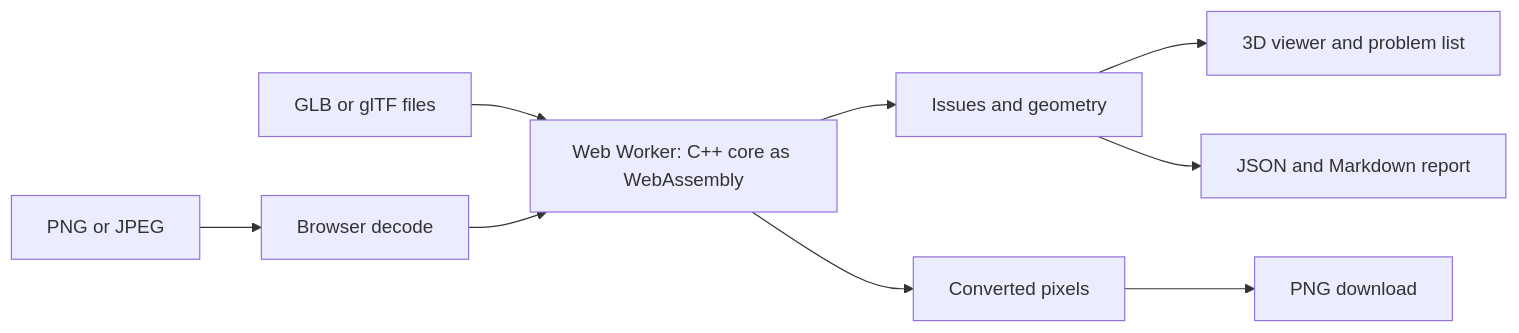
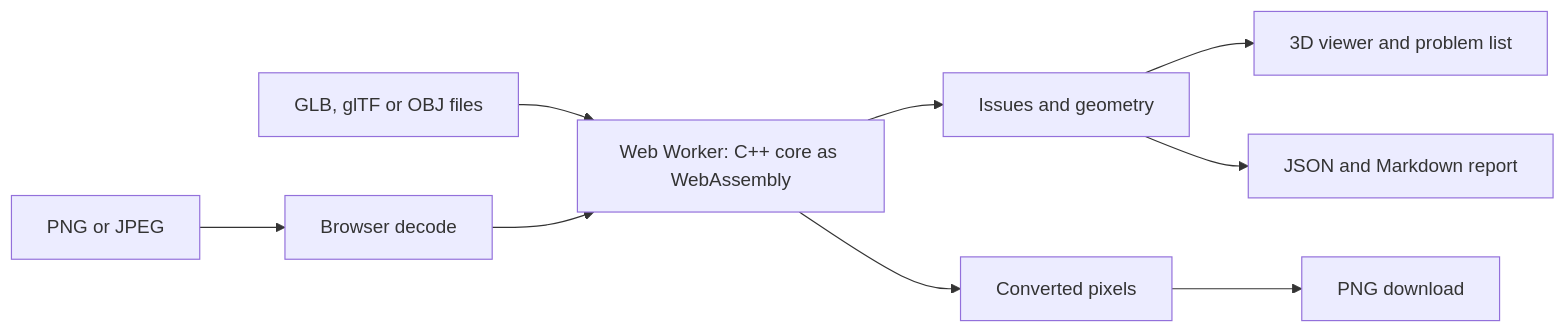
One commit to nokgc333/lint-asset changed the diagram in README.md. Above: the diagram before and after it, drawn with Mermaid. The commit also changed other lines of this file and 18 other files, not shown here.

````diff
--- a/README.md
+++ b/README.md
@@ -148,11 +151,11 @@
 ```mermaid
 flowchart LR
-  G[GLB or glTF files] --> W["Web Worker: C++ core as WebAssembly"]
+  G[GLB, glTF or OBJ files] --> W["Web Worker: C++ core as WebAssembly"]
   W --> I[Issues and geometry]
   I --> V[3D viewer and problem list]
   I --> R[JSON and Markdown report]
   T[PNG or JPEG] --> D[Browser decode]
   D --> W
   W --> C[Converted pixels]
   C --> P[PNG download]
 ```
````
